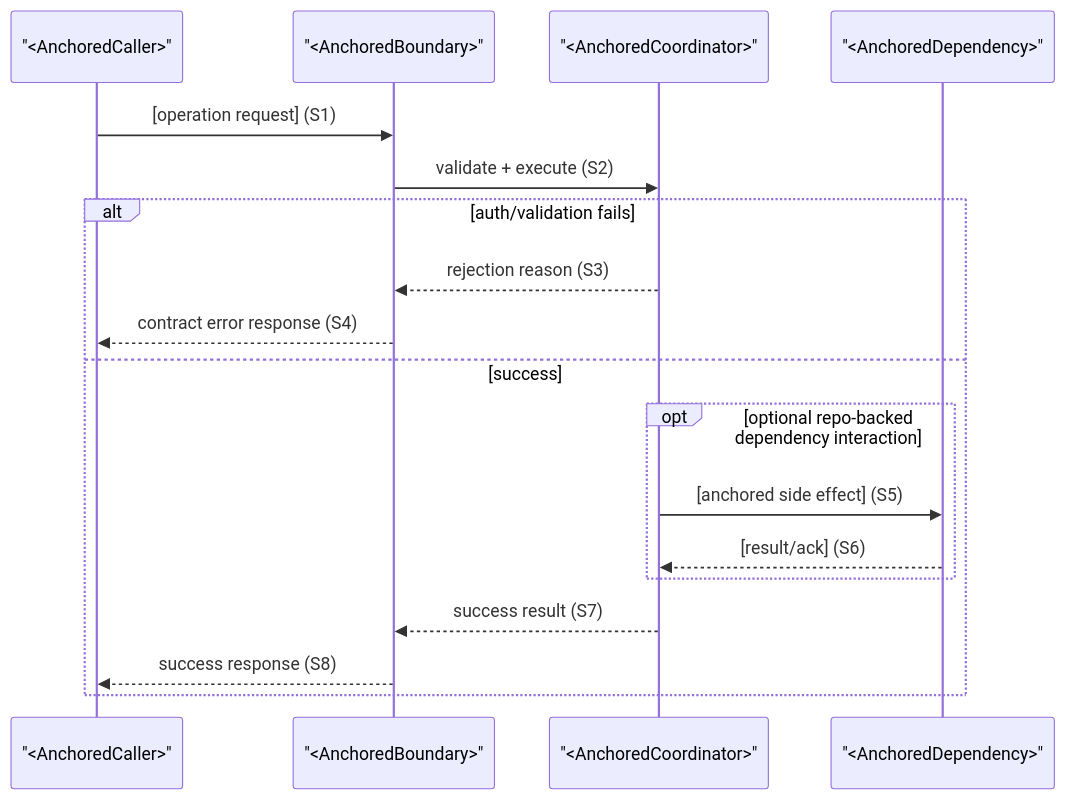
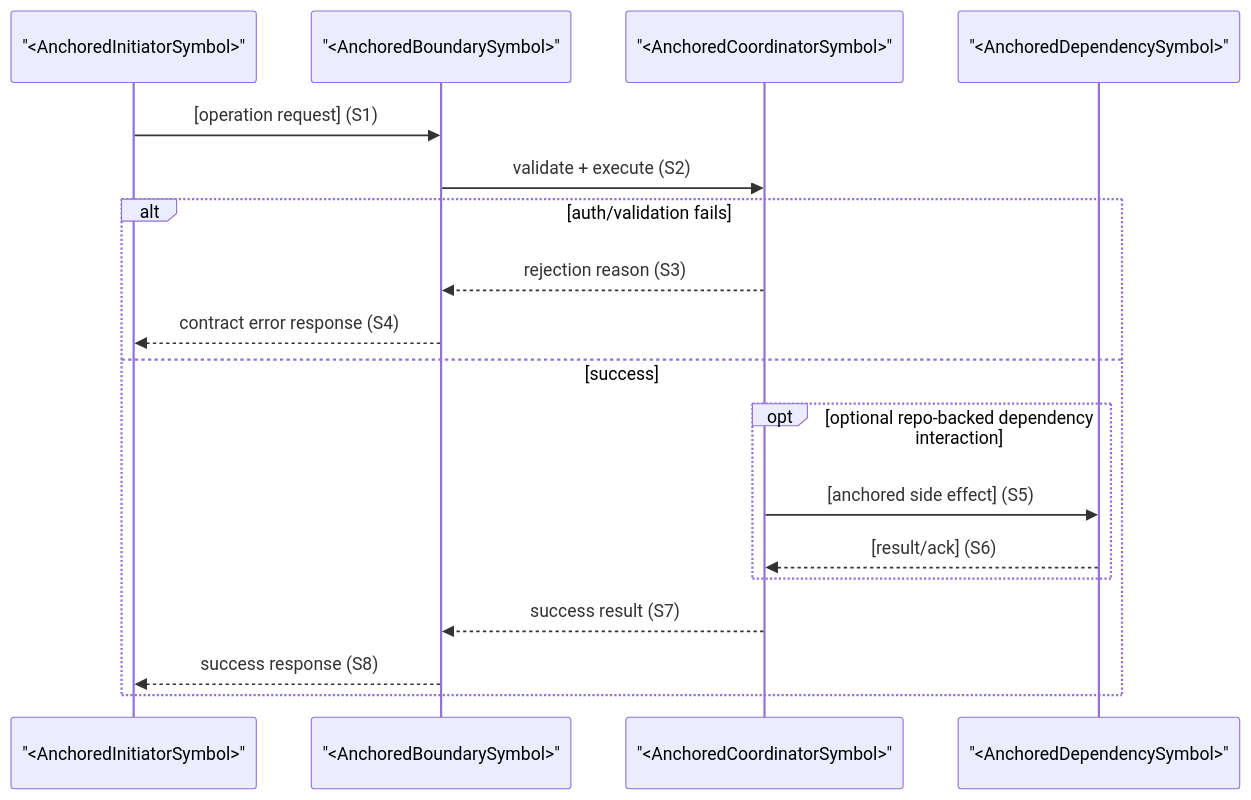
Before and after one commit to bigsmartben/sdd: the first of 2 diagrams in templates/interface-detail-template.md, drawn with Mermaid. The commit also changed other lines of this file and 20 other files, not shown here.

````diff
--- a/templates/interface-detail-template.md
+++ b/templates/interface-detail-template.md
@@ -68,21 +73,21 @@
 ```mermaid
 sequenceDiagram
-    participant Caller as "<AnchoredCaller>"
-    participant Boundary as "<AnchoredBoundary>"
-    participant Coordinator as "<AnchoredCoordinator>"
-    participant Dependency as "<AnchoredDependency>"
+    participant Initiator as "<AnchoredInitiatorSymbol>"
+    participant Boundary as "<AnchoredBoundarySymbol>"
+    participant Coordinator as "<AnchoredCoordinatorSymbol>"
+    participant Dependency as "<AnchoredDependencySymbol>"
 
-    Caller->>Boundary: [operation request] (S1)
+    Initiator->>Boundary: [operation request] (S1)
     Boundary->>Coordinator: validate + execute (S2)
     alt auth/validation fails
         Coordinator-->>Boundary: rejection reason (S3)
-        Boundary-->>Caller: contract error response (S4)
+        Boundary-->>Initiator: contract error response (S4)
     else success
         opt optional repo-backed dependency interaction
             Coordinator->>Dependency: [anchored side effect] (S5)
             Dependency-->>Coordinator: [result/ack] (S6)
         end
         Coordinator-->>Boundary: success result (S7)
-        Boundary-->>Caller: success response (S8)
+        Boundary-->>Initiator: success response (S8)
     end
 ```
````
